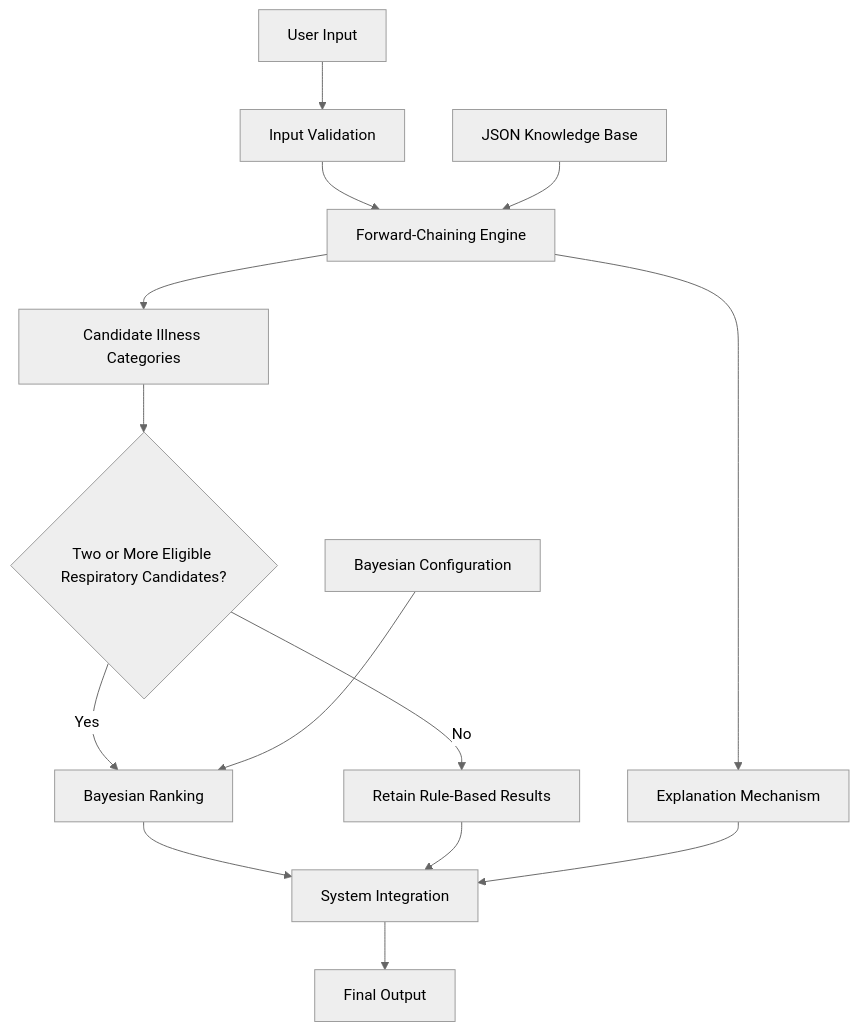
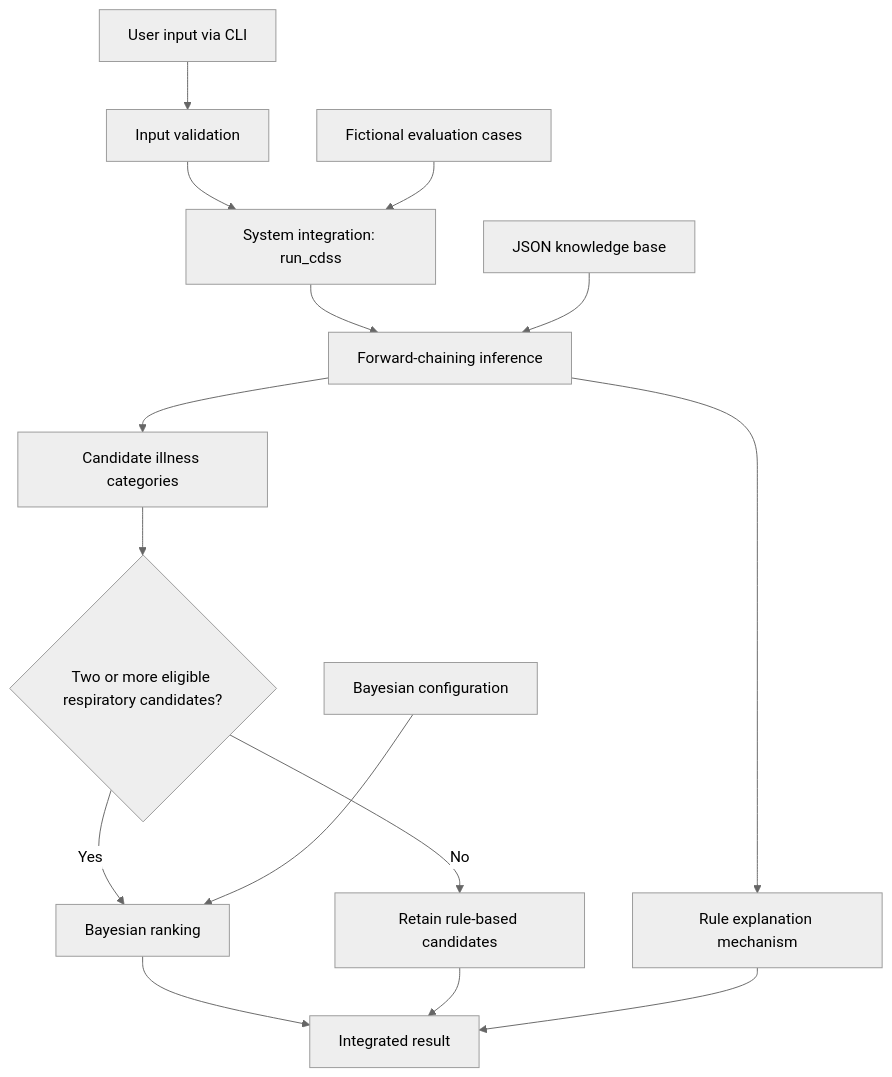
Before and after one commit to Developere19/clinical-decision-support-system: the diagram in README.md, drawn with Mermaid (neutral theme). The commit also changed other lines of this file, not shown here.

````diff
--- a/README.md
+++ b/README.md
@@ -96,16 +83,17 @@
 ```mermaid
 flowchart TD
-    A[User Input] --> B[Input Validation]
-    B --> C[Forward-Chaining Engine]
-    K[JSON Knowledge Base] --> C
-    C --> D[Candidate Illness Categories]
-    D --> E{Two or More Eligible Respiratory Candidates?}
-    E -->|Yes| F[Bayesian Ranking]
-    P[Bayesian Configuration] --> F
-    E -->|No| G[Retain Rule-Based Results]
-    F --> H[System Integration]
-    G --> H
-    C --> I[Explanation Mechanism]
-    I --> H
-    H --> J[Final Output]
+    A[User input via CLI] --> B[Input validation]
+    B --> C[System integration: run_cdss]
+    V[Fictional evaluation cases] --> C
+    C --> D[Forward-chaining inference]
+    K[JSON knowledge base] --> D
+    D --> E[Candidate illness categories]
+    E --> F{Two or more eligible respiratory candidates?}
+    F -->|Yes| G[Bayesian ranking]
+    P[Bayesian configuration] --> G
+    F -->|No| H[Retain rule-based candidates]
+    D --> I[Rule explanation mechanism]
+    G --> J[Integrated result]
+    H --> J
+    I --> J
 ```
````
